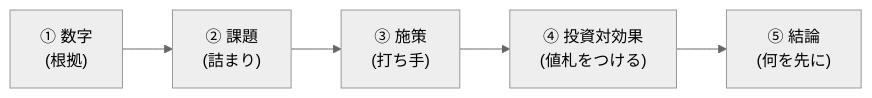
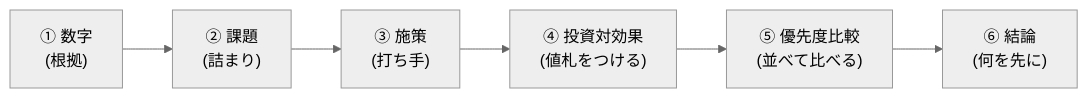
The diagram in docs/事前設計/受講生向け/v2/06_提案.md (SeiyaHirata/gtm-engineer-bootcamp), drawn with Mermaid (neutral theme) before and after one commit. The commit also changed other lines of this file and 5 other files, not shown here.

````diff
--- a/docs/事前設計/受講生向け/v2/06_提案.md
+++ b/docs/事前設計/受講生向け/v2/06_提案.md
@@ -47,7 +47,8 @@
 ```mermaid
 flowchart LR
   A["① 数字<br/>(根拠)"] --> B["② 課題<br/>(詰まり)"]
   B --> C["③ 施策<br/>(打ち手)"]
   C --> D["④ 投資対効果<br/>(値札をつける)"]
-  D --> E["⑤ 結論<br/>(何を先に)"]
+  D --> E["⑤ 優先度比較<br/>(並べて比べる)"]
+  E --> F["⑥ 結論<br/>(何を先に)"]
 ```
````
